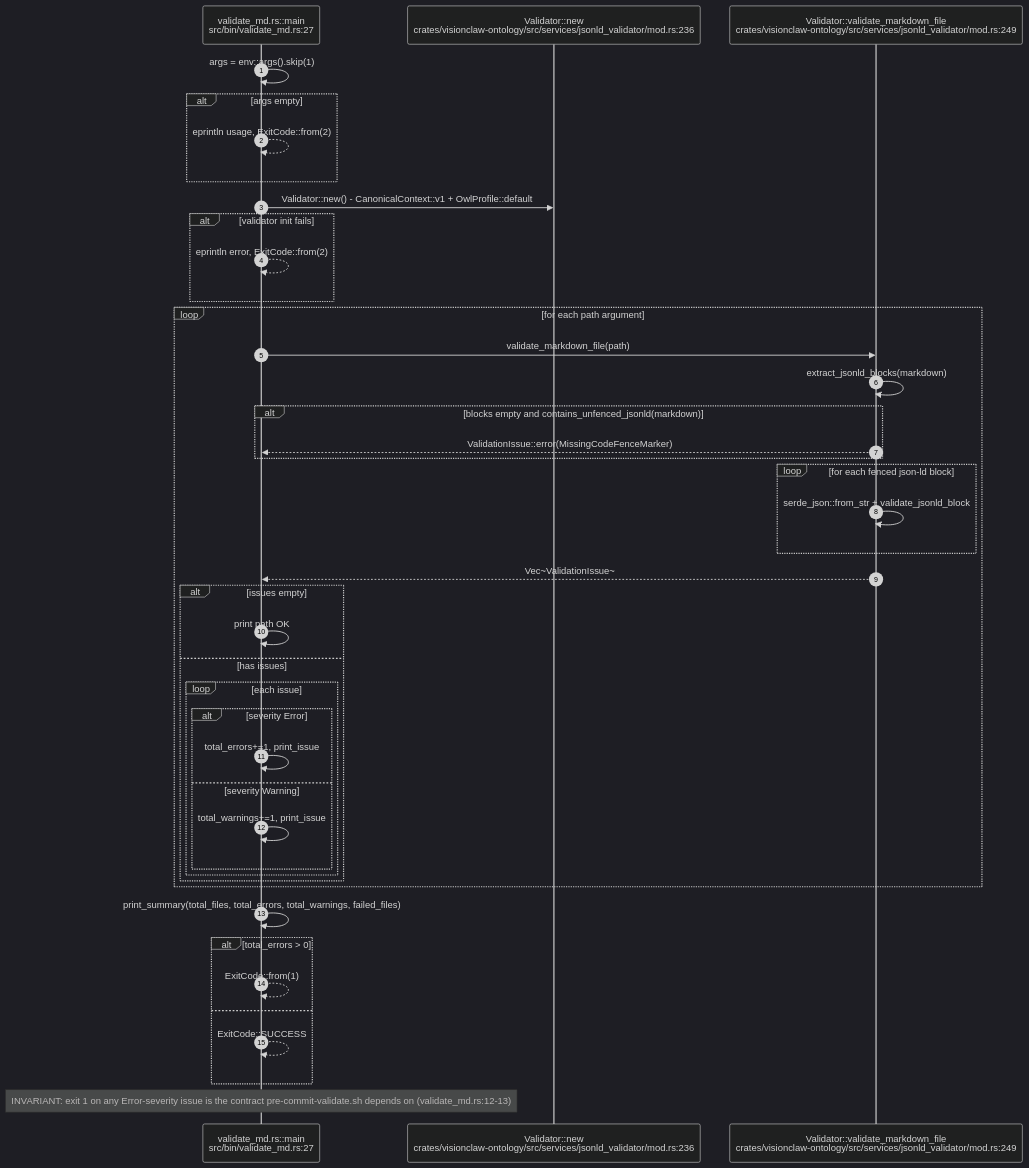
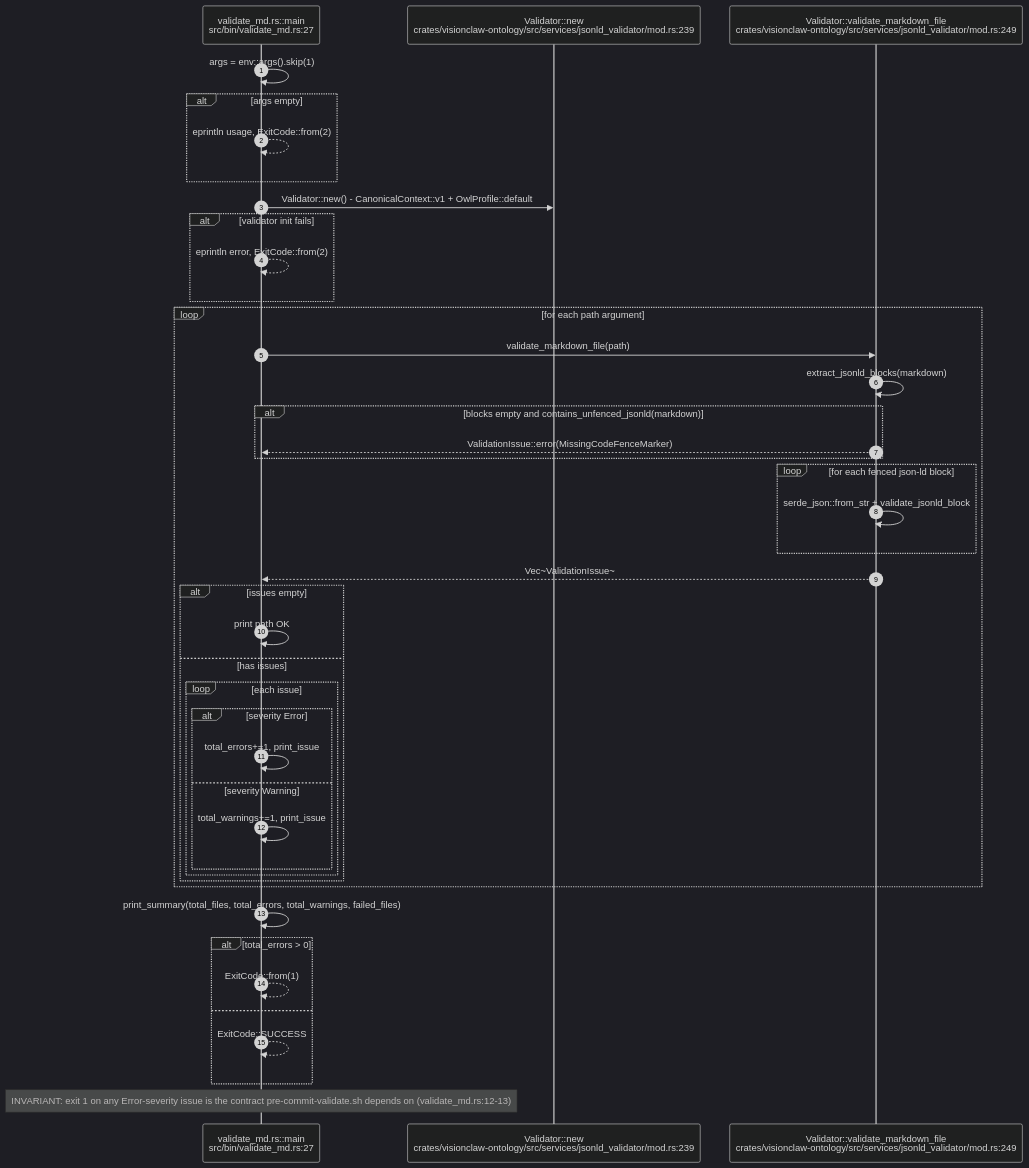
One commit to DreamLab-AI/VisionFlow changed the sixth of 12 diagrams in docs/diagrams/visionclaw/21-corpus-ingest-and-vault.md. Above: the diagram before and after it, drawn with Mermaid (dark theme). The commit also changed other lines of this file and 185 other files, not shown here.

Commit message:
docs(estate): reconcile diagrams and ADRs with source and define closeout sprint

````diff
--- a/docs/diagrams/visionclaw/21-corpus-ingest-and-vault.md
+++ b/docs/diagrams/visionclaw/21-corpus-ingest-and-vault.md
@@ -248,45 +249,45 @@
 ```mermaid
 sequenceDiagram
     autonumber
     participant Main as validate_md.rs::main<br/>src/bin/validate_md.rs:27
-    participant V as Validator::new<br/>crates/visionclaw-ontology/src/services/jsonld_validator/mod.rs:236
+    participant V as Validator::new<br/>crates/visionclaw-ontology/src/services/jsonld_validator/mod.rs:239
     participant VF as Validator::validate_markdown_file<br/>crates/visionclaw-ontology/src/services/jsonld_validator/mod.rs:249
 
     Main->>Main: args = env::args().skip(1)
     alt args empty
         Main-->>Main: eprintln usage, ExitCode::from(2)
     end
     Main->>V: Validator::new() - CanonicalContext::v1 + OwlProfile::default
     alt validator init fails
         Main-->>Main: eprintln error, ExitCode::from(2)
     end
     loop for each path argument
         Main->>VF: validate_markdown_file(path)
         VF->>VF: extract_jsonld_blocks(markdown)
         alt blocks empty and contains_unfenced_jsonld(markdown)
             VF-->>Main: ValidationIssue::error(MissingCodeFenceMarker)
         end
         loop for each fenced json-ld block
             VF->>VF: serde_json::from_str + validate_jsonld_block
         end
         VF-->>Main: Vec~ValidationIssue~
         alt issues empty
             Main->>Main: print path OK
         else has issues
             loop each issue
                 alt severity Error
                     Main->>Main: total_errors+=1, print_issue
                 else severity Warning
                     Main->>Main: total_warnings+=1, print_issue
                 end
             end
         end
     end
     Main->>Main: print_summary(total_files, total_errors, total_warnings, failed_files)
     alt total_errors > 0
         Main-->>Main: ExitCode::from(1)
     else
         Main-->>Main: ExitCode::SUCCESS
     end
     Note over Main: INVARIANT: exit 1 on any Error-severity issue is the contract pre-commit-validate.sh depends on (validate_md.rs:12-13)
 ```
````
